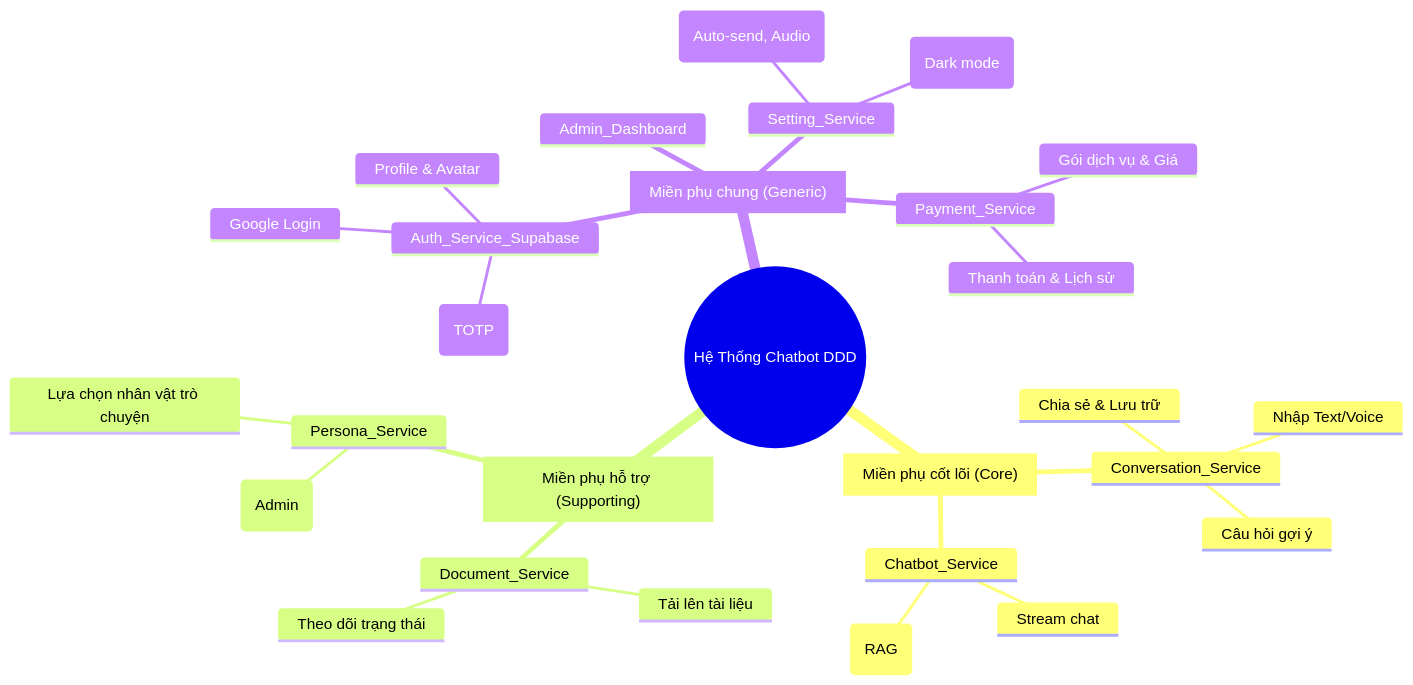
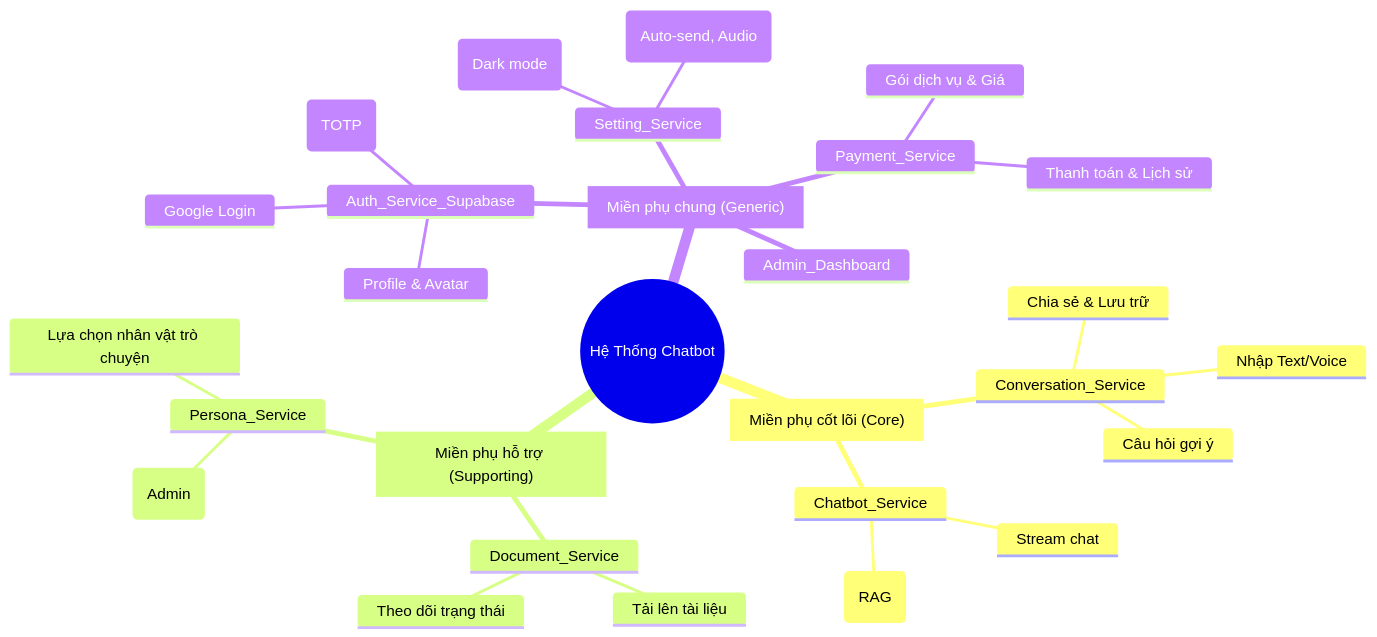
The diagram in docs/2. Bài toán nghiệp vụ/SubDomain.mmd (20206205Tech/docs-markdown), drawn with Mermaid before and after one commit. The commit also changed 3 other files, not shown here.

```diff
--- a/docs/2. Bài toán nghiệp vụ/SubDomain.mmd
+++ b/docs/2. Bài toán nghiệp vụ/SubDomain.mmd
@@ -1,30 +1,30 @@
 
 mindmap
-  root((Hệ Thống Chatbot DDD))
+  root((Hệ Thống Chatbot))
     Core_Subdomain["Miền phụ cốt lõi (Core)"]
       Conversation_Service
         Câu hỏi gợi ý
         Nhập Text/Voice
         Chia sẻ & Lưu trữ
       Chatbot_Service
         Stream chat
         Tra cứu văn bản (RAG)
     Supporting_Subdomain["Miền phụ hỗ trợ (Supporting)"]
       Document_Service
         Tải lên tài liệu
         Theo dõi trạng thái
       Persona_Service
         Quản lý nhân vật (Admin)
         Lựa chọn nhân vật trò chuyện
     Generic_Subdomain["Miền phụ chung (Generic)"]
       Auth_Service_Supabase
         Google Login
         Profile & Avatar
         Xác thực 2FA (TOTP)
       Setting_Service
         Cấu hình UI (Dark mode)
         Cấu hình Chat (Auto-send, Audio)
       Payment_Service
         Gói dịch vụ & Giá
         Thanh toán & Lịch sử
       Admin_Dashboard
```
